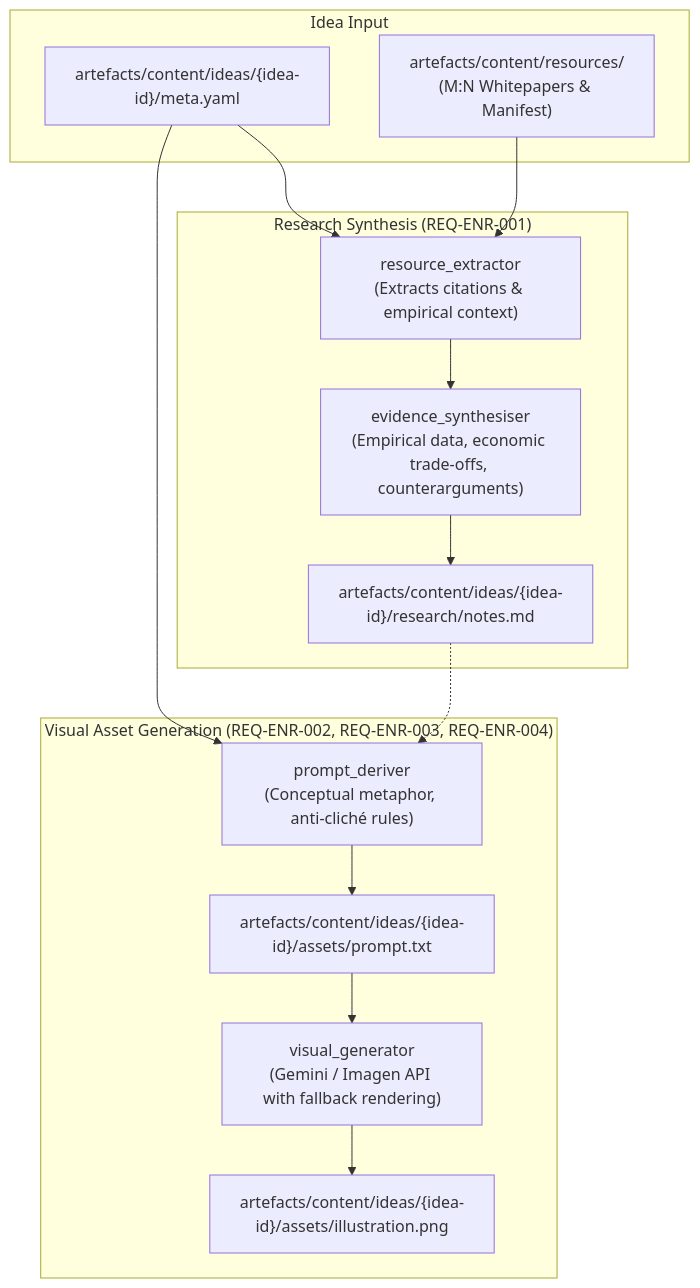
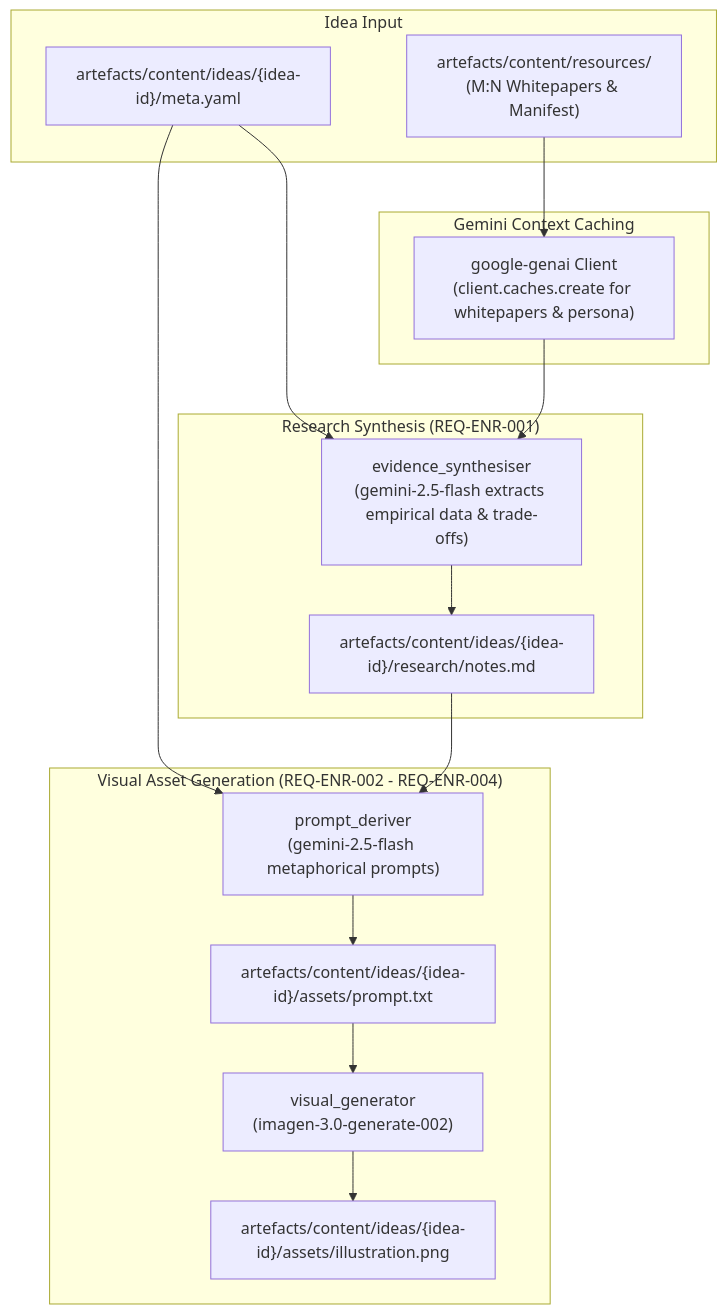
Before and after one commit to Schmoiger/100-ideas: the second of 4 diagrams in artefacts/architecture/architecture.md, drawn with Mermaid. The commit also changed other lines of this file and 4 other files, not shown here.

First line of the commit message:
docs(architecture): complete continuous publishing review

````diff
--- a/artefacts/architecture/architecture.md
+++ b/artefacts/architecture/architecture.md
@@ -72,28 +75,31 @@
 ```mermaid
 flowchart TD
     subgraph Intake["Idea Input"]
         MetaYAML["artefacts/content/ideas/{idea-id}/meta.yaml"]
         SharedResources["artefacts/content/resources/\n(M:N Whitepapers & Manifest)"]
     end
 
+    subgraph GeminiCache["Gemini Context Caching"]
+        CacheManager["google-genai Client\n(client.caches.create for whitepapers & persona)"]
+    end
+
     subgraph ResearchPhase["Research Synthesis (REQ-ENR-001)"]
-        ResourceExtractor["resource_extractor\n(Extracts citations & empirical context)"]
-        EvidenceSynthesiser["evidence_synthesiser\n(Empirical data, economic trade-offs, counterarguments)"]
+        EvidenceSynthesiser["evidence_synthesiser\n(gemini-2.5-flash extracts empirical data & trade-offs)"]
         ResearchNotes["artefacts/content/ideas/{idea-id}/research/notes.md"]
     end
 
-    subgraph VisualPhase["Visual Asset Generation (REQ-ENR-002, REQ-ENR-003, REQ-ENR-004)"]
-        PromptDeriver["prompt_deriver\n(Conceptual metaphor, anti-cliché rules)"]
+    subgraph VisualPhase["Visual Asset Generation (REQ-ENR-002 - REQ-ENR-004)"]
+        PromptDeriver["prompt_deriver\n(gemini-2.5-flash metaphorical prompts)"]
         PromptFile["artefacts/content/ideas/{idea-id}/assets/prompt.txt"]
-        VisualEngine["visual_generator\n(Gemini / Imagen API with fallback rendering)"]
+        VisualEngine["visual_generator\n(imagen-3.0-generate-002)"]
         Illustration["artefacts/content/ideas/{idea-id}/assets/illustration.png"]
     end
 
-    MetaYAML --> ResourceExtractor
-    SharedResources --> ResourceExtractor
-    ResourceExtractor --> EvidenceSynthesiser --> ResearchNotes
+    MetaYAML --> EvidenceSynthesiser
+    SharedResources --> CacheManager --> EvidenceSynthesiser
+    EvidenceSynthesiser --> ResearchNotes
 
     MetaYAML --> PromptDeriver
-    ResearchNotes -.-> PromptDeriver
+    ResearchNotes --> PromptDeriver
     PromptDeriver --> PromptFile --> VisualEngine --> Illustration
 ```
````
